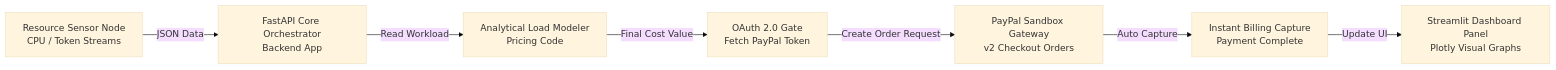
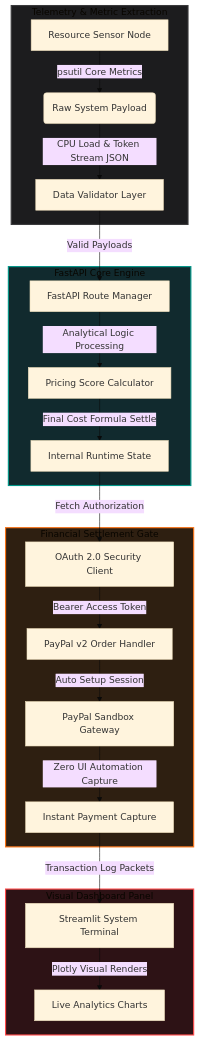
One commit to techindro/papaya changed the diagram in README.md. Above: the diagram before and after it, drawn with Mermaid (base theme). The commit also changed other lines of this file, not shown here.

````diff
--- a/README.md
+++ b/README.md
@@ -67,9 +67,35 @@
 ```mermaid
-flowchart LR
-    Node[Resource Sensor Node<br/>CPU / Token Streams] -->|JSON Data| Server[FastAPI Core Orchestrator<br/>Backend App]
-    Server -->|Read Workload| Model[Analytical Load Modeler<br/>Pricing Code]
-    Model -->|Final Cost Value| Auth[OAuth 2.0 Gate<br/>Fetch PayPal Token]
-    Auth -->|Create Order Request| Gateway[PayPal Sandbox Gateway<br/>v2 Checkout Orders]
-    Gateway -->|Auto Capture| Capture[Instant Billing Capture<br/>Payment Complete]
-    Capture -->|Update UI| Dashboard[Streamlit Dashboard Panel<br/>Plotly Visual Graphs]
+flowchart TD
+    %% Telemetry Layer
+    subgraph TELEMETRY_SENSOR_NETWORK [Telemetry & Metric Extraction]
+        A[Resource Sensor Node] -->|psutil Core Metrics| B(Raw System Payload)
+        B -->|CPU Load & Token Stream JSON| C[Data Validator Layer]
+    end
+
+    %% Analytics and Modeling
+    subgraph ORCHESTRATOR_CORE [FastAPI Core Engine]
+        C -->|Valid Payloads| D[FastAPI Route Manager]
+        D -->|Analytical Logic Processing| E[Pricing Score Calculator]
+        E -->|Final Cost Formula Settle| F[Internal Runtime State]
+    end
+
+    %% Payment Gateway Integration
+    subgraph PAYPAL_SANDBOX_INTEGRATION [Financial Settlement Gate]
+        F -->|Fetch Authorization| G[OAuth 2.0 Security Client]
+        G -->|Bearer Access Token| H[PayPal v2 Order Handler]
+        H -->|Auto Setup Session| I[PayPal Sandbox Gateway]
+        I -->|Zero UI Automation Capture| J[Instant Payment Capture]
+    end
+
+    %% Visual Logging Update
+    subgraph LIVE_ANALYTICS_DASHBOARD [Visual Dashboard Panel]
+        J -->|Transaction Log Packets| K[Streamlit System Terminal]
+        K -->|Plotly Visual Renders| L[Live Analytics Charts]
+    end
+
+    %% Style Mapping
+    style TELEMETRY_SENSOR_NETWORK fill:#1c1c1e,stroke:#3a3a3c,stroke-width:2px;
+    style ORCHESTRATOR_CORE fill:#112a2e,stroke:#009688,stroke-width:2px;
+    style PAYPAL_SANDBOX_INTEGRATION fill:#2e1f11,stroke:#f97316,stroke-width:2px;
+    style LIVE_ANALYTICS_DASHBOARD fill:#2d1215,stroke:#ff4b4b,stroke-width:2px;
 ```
````
